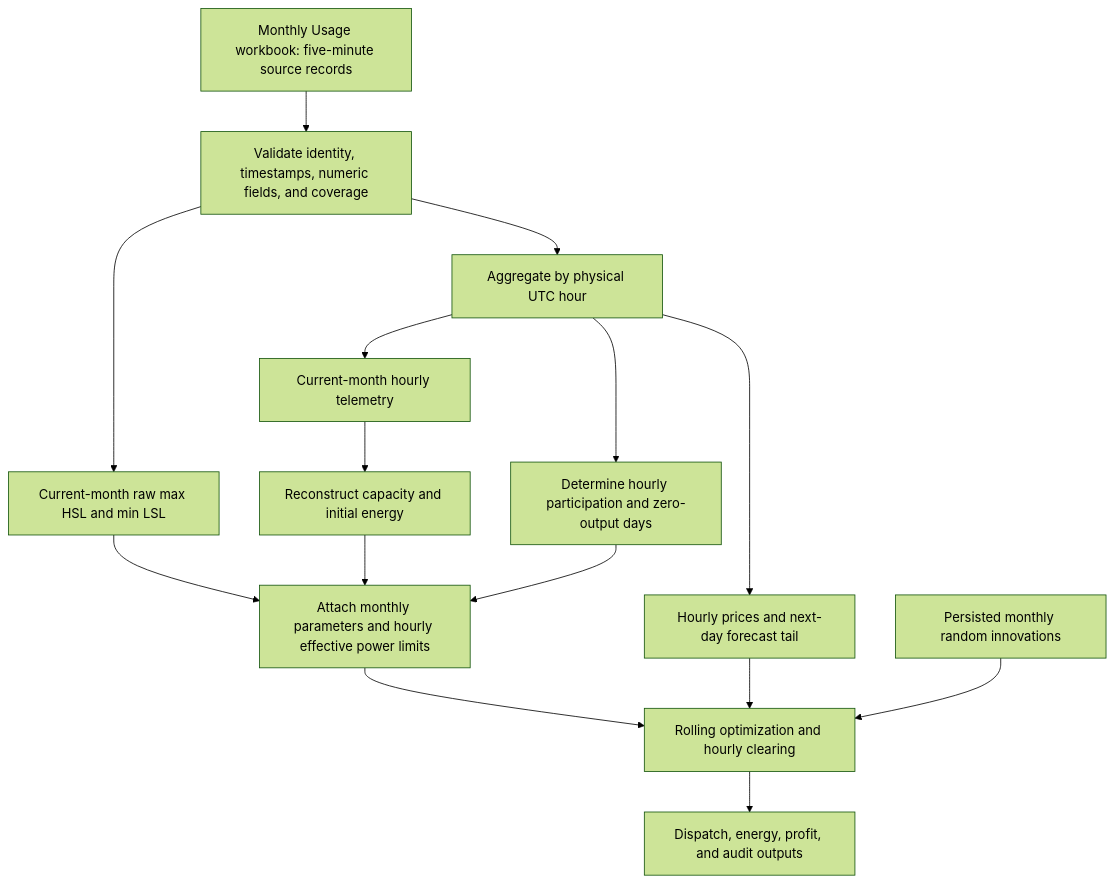
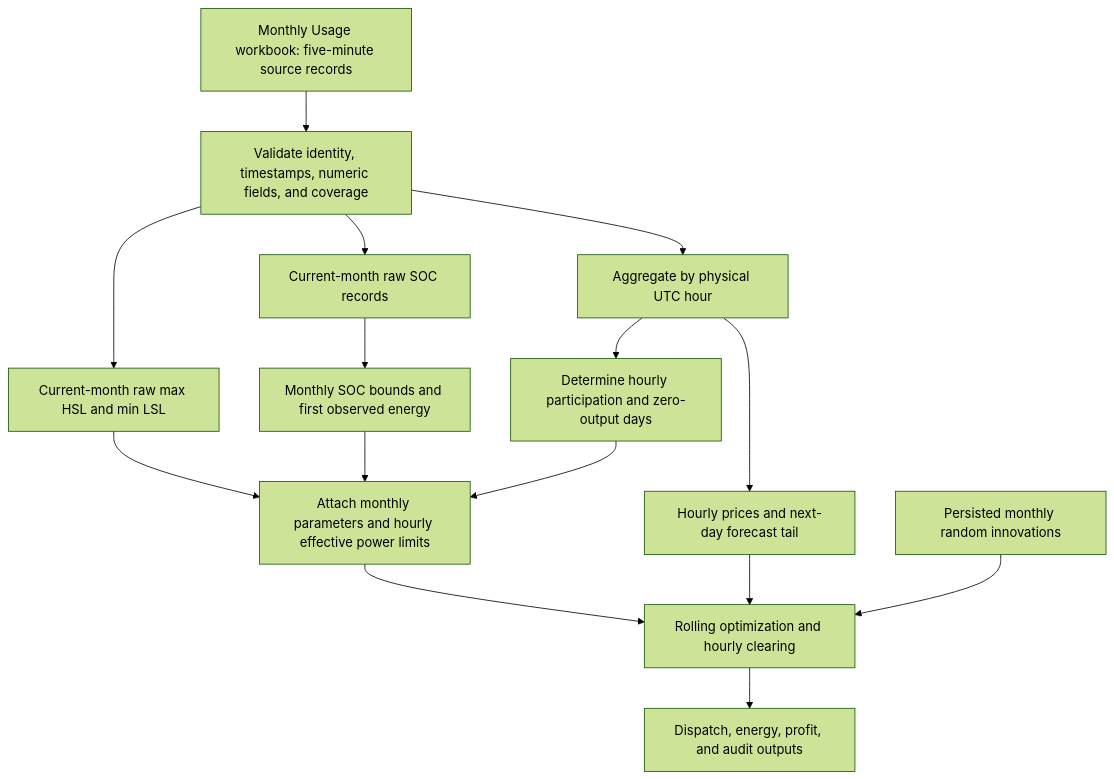
One commit to SCWang01/Open_Battery_Code changed the diagram in Supplementary_Case_In_ERCOT/Program/Micro/docs/ESS_Data_Processing_1hour_EN.md. Above: the diagram before and after it, drawn with Mermaid (forest theme). The commit also changed other lines of this file and 534 other files, not shown here.

````diff
--- a/Supplementary_Case_In_ERCOT/Program/Micro/docs/ESS_Data_Processing_1hour_EN.md
+++ b/Supplementary_Case_In_ERCOT/Program/Micro/docs/ESS_Data_Processing_1hour_EN.md
@@ -9,17 +9,17 @@
 ```mermaid
 flowchart TD
     A[Monthly Usage workbook: five-minute source records] --> B[Validate identity, timestamps, numeric fields, and coverage]
     B --> C[Aggregate by physical UTC hour]
-    C --> D[Current-month hourly telemetry]
-    D --> E[Reconstruct capacity and initial energy]
+    B --> D[Current-month raw SOC records]
+    D --> E[Monthly SOC bounds and first observed energy]
     B --> P[Current-month raw max HSL and min LSL]
     P --> G
     C --> F[Determine hourly participation and zero-output days]
     E --> G[Attach monthly parameters and hourly effective power limits]
     F --> G
     C --> H[Hourly prices and next-day forecast tail]
     G --> I[Rolling optimization and hourly clearing]
     H --> I
     J[Persisted monthly random innovations] --> I
     I --> K[Dispatch, energy, profit, and audit outputs]
 ```
````
